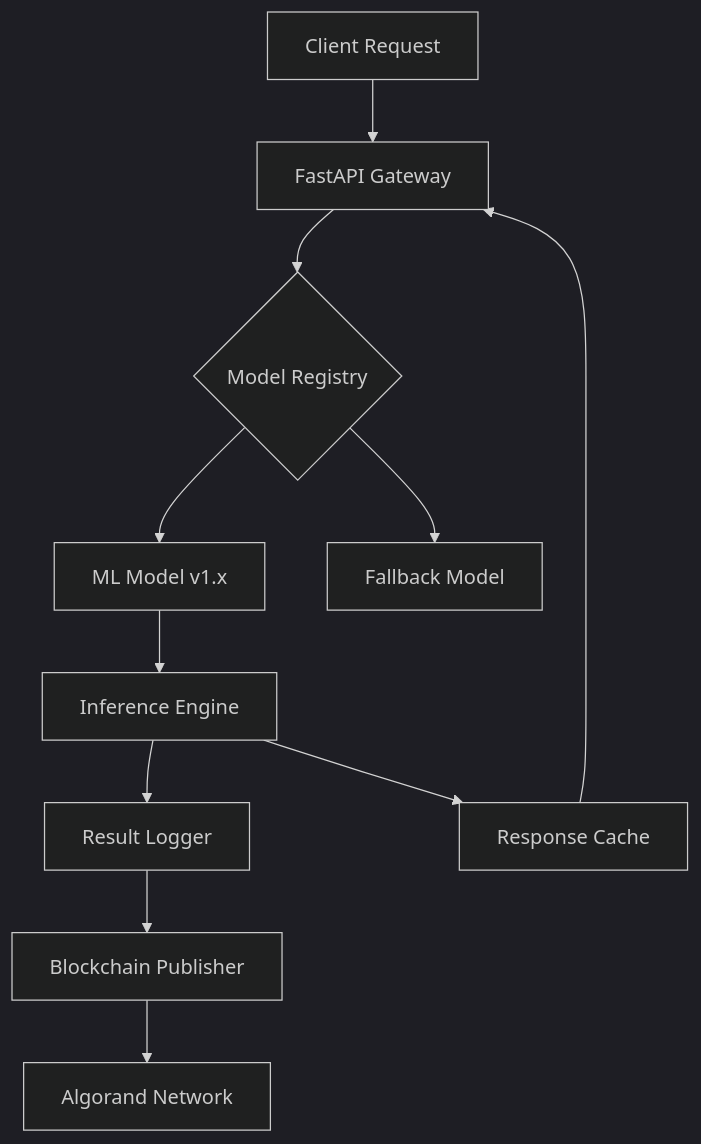
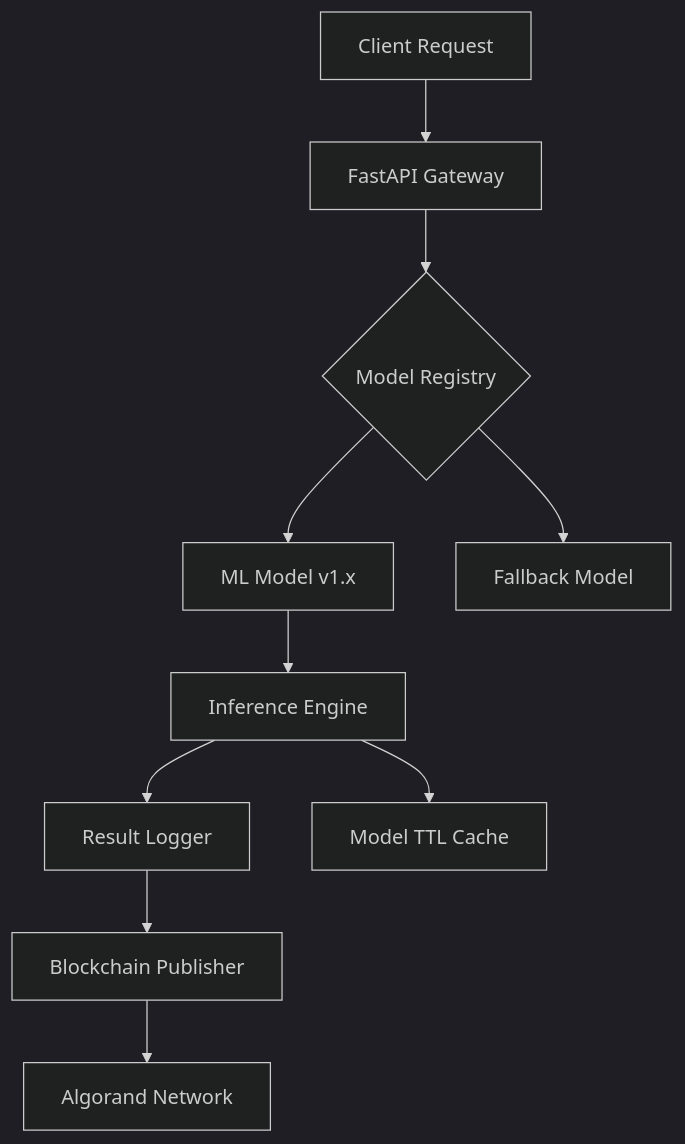
The diagram in README.md (AnVenDev/axiomatic_oracle), drawn with Mermaid (dark theme) before and after one commit.

````diff
--- a/README.md
+++ b/README.md
@@ -25,13 +25,12 @@
 ```mermaid
 graph TB
     A[Client Request] --> B[FastAPI Gateway]
     B --> C{Model Registry}
     C --> D[ML Model v1.x]
     C --> E[Fallback Model]
     D --> F[Inference Engine]
     F --> G[Result Logger]
     G --> H[Blockchain Publisher]
     H --> I[Algorand Network]
-    F --> J[Response Cache]
-    J --> B
+    F --> J[Model TTL Cache]
 ```
````
